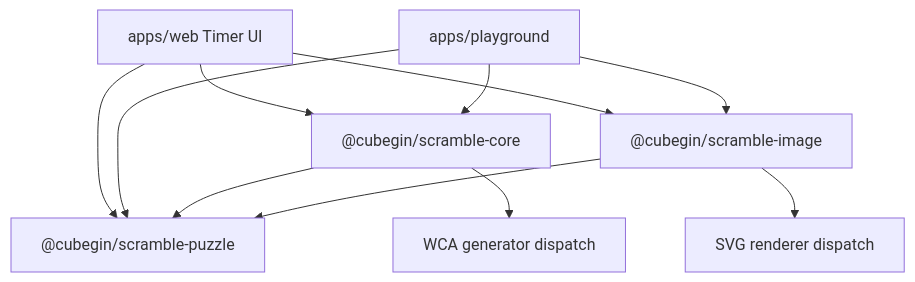
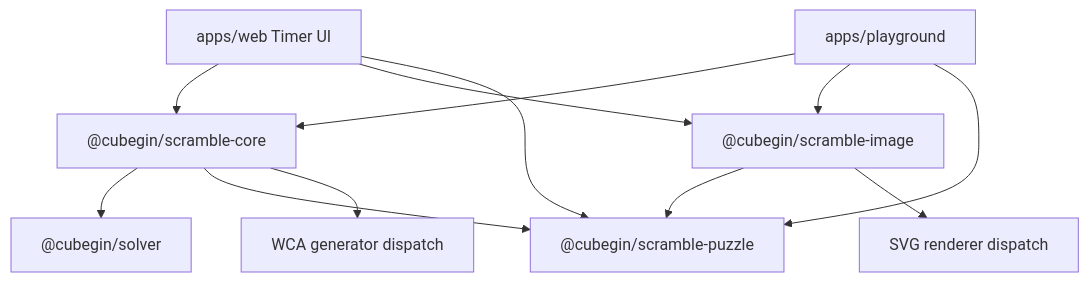
Before and after one commit to deweyou/cube-kit: the diagram in docs/scramble-runtime.md, drawn with Mermaid. The commit also changed other lines of this file and 64 other files, not shown here.

````diff
--- a/docs/scramble-runtime.md
+++ b/docs/scramble-runtime.md
@@ -3,13 +3,14 @@
 ```mermaid
 flowchart TD
     UI["apps/web Timer UI"] --> Core["@cubegin/scramble-core"]
     UI --> Image["@cubegin/scramble-image"]
     UI --> Puzzle["@cubegin/scramble-puzzle"]
     Playground["apps/playground"] --> Core
     Playground --> Image
     Playground --> Puzzle
+    Core --> Solver["@cubegin/solver"]
     Core --> Puzzle
     Image --> Puzzle
     Core --> Generators["WCA generator dispatch"]
     Image --> Renderers["SVG renderer dispatch"]
 ```
````
